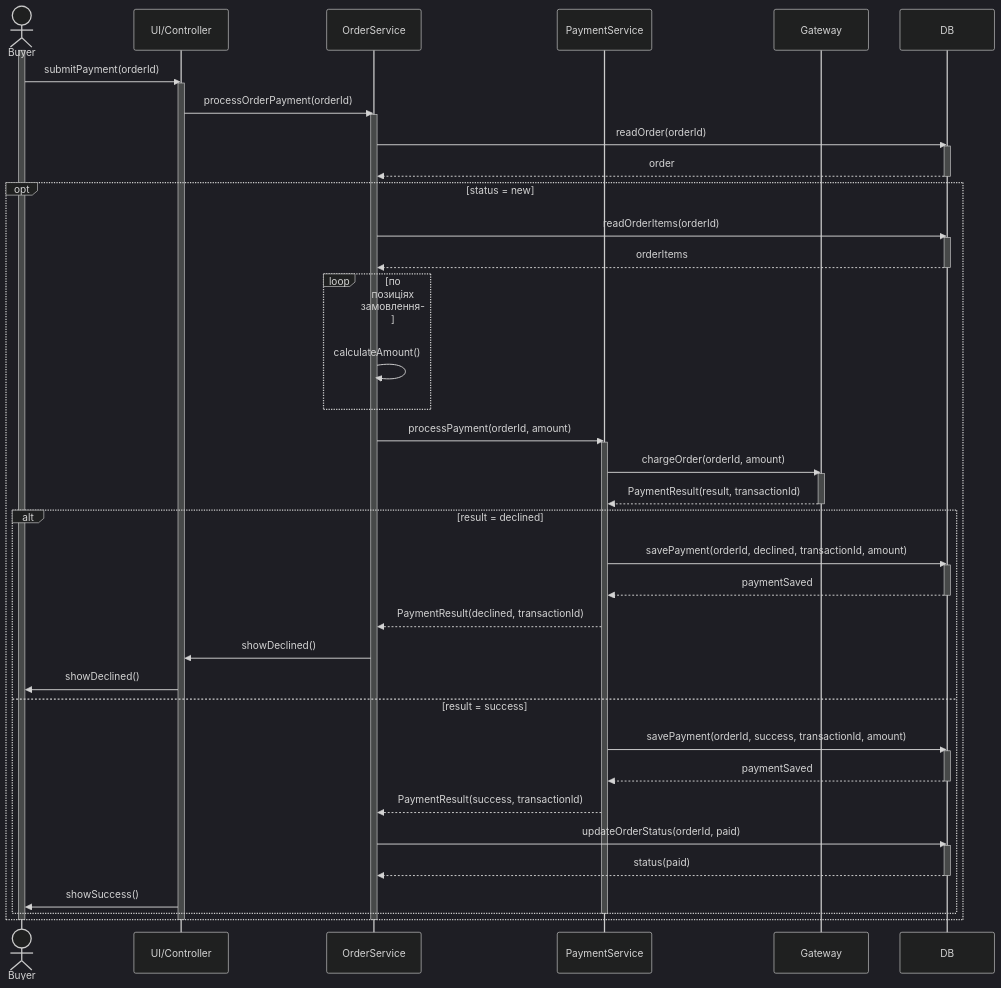
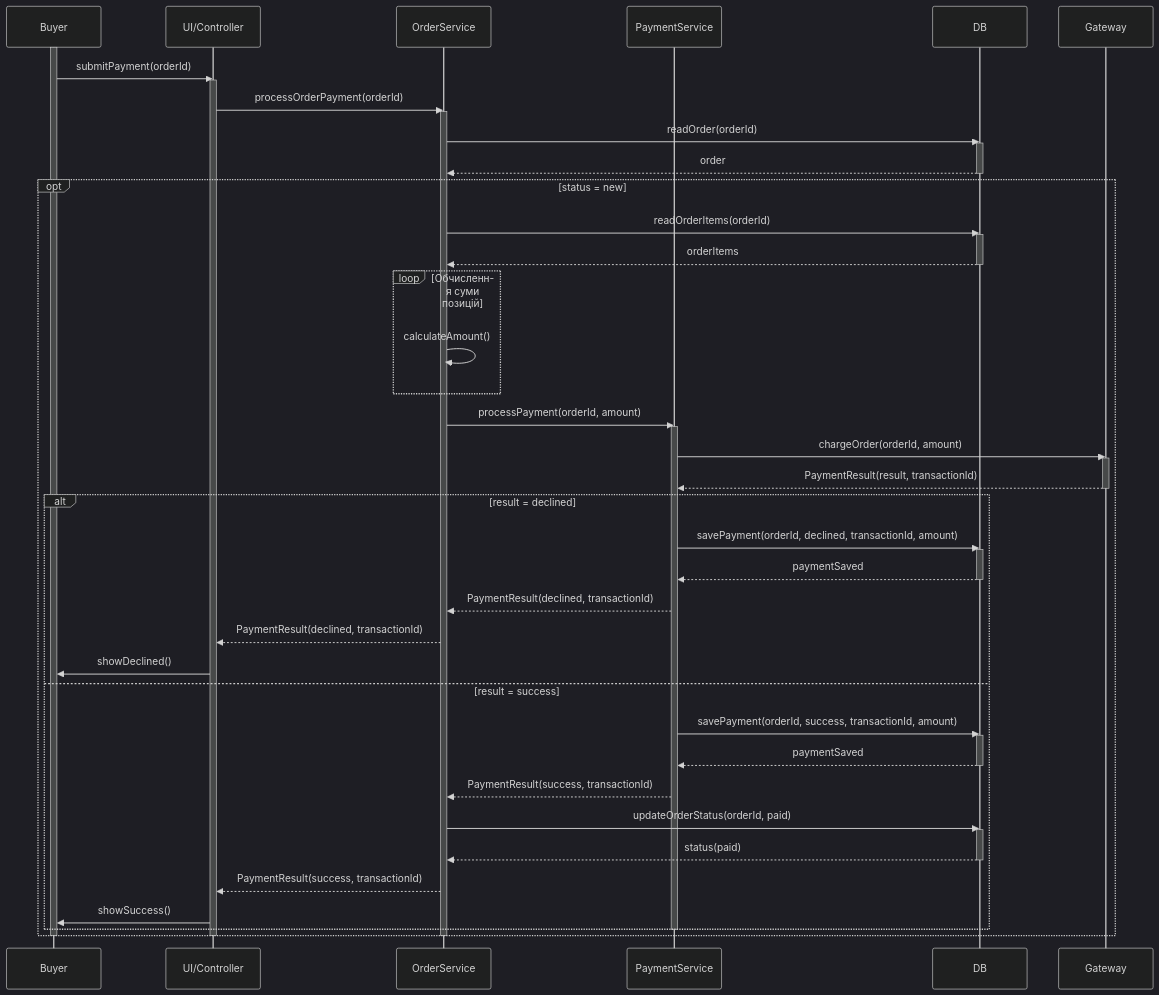
One commit to Saeghxx/KPI2 changed the diagram in Lab3/diagrams/sc-11.md. Above: the diagram before and after it, drawn with Mermaid (dark theme).

Commit message:
fix(lab3): regenerate SC-11 diagram

````diff
--- a/Lab3/diagrams/sc-11.md
+++ b/Lab3/diagrams/sc-11.md
@@ -3,67 +3,68 @@
 ```mermaid
 sequenceDiagram
-    actor Buyer
+    participant Buyer
     participant UI as UI/Controller
     participant OS as OrderService
     participant PS as PaymentService
+    participant DB
     participant GW as Gateway
-    participant DB
 
     activate Buyer
     Buyer->>UI: submitPayment(orderId)
     activate UI
     UI->>OS: processOrderPayment(orderId)
     activate OS
     OS->>DB: readOrder(orderId)
     activate DB
     DB-->>OS: order
     deactivate DB
 
     opt status = new
         OS->>DB: readOrderItems(orderId)
         activate DB
         DB-->>OS: orderItems
         deactivate DB
 
-        loop по позиціях замовлення
+        loop Обчислення суми позицій
             OS->>OS: calculateAmount()
         end
 
         OS->>PS: processPayment(orderId, amount)
         activate PS
         PS->>GW: chargeOrder(orderId, amount)
         activate GW
         GW-->>PS: PaymentResult(result, transactionId)
         deactivate GW
 
         alt result = declined
             PS->>DB: savePayment(orderId, declined, transactionId, amount)
             activate DB
             DB-->>PS: paymentSaved
             deactivate DB
 
             PS-->>OS: PaymentResult(declined, transactionId)
-            OS->>UI: showDeclined()
+            OS-->>UI: PaymentResult(declined, transactionId)
             UI->>Buyer: showDeclined()
         else result = success
             PS->>DB: savePayment(orderId, success, transactionId, amount)
             activate DB
             DB-->>PS: paymentSaved
             deactivate DB
 
             PS-->>OS: PaymentResult(success, transactionId)
             OS->>DB: updateOrderStatus(orderId, paid)
             activate DB
             DB-->>OS: status(paid)
             deactivate DB
 
+            OS-->>UI: PaymentResult(success, transactionId)
             UI->>Buyer: showSuccess()
         end
 
         deactivate PS
     end
 
     deactivate OS
     deactivate UI
     deactivate Buyer
 ```
````
